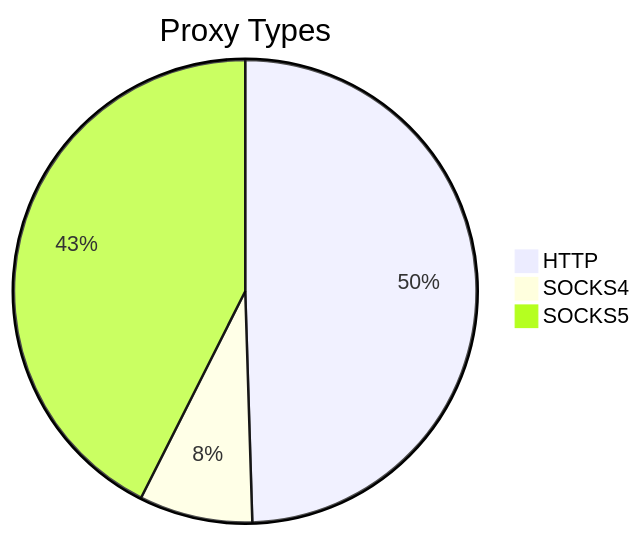
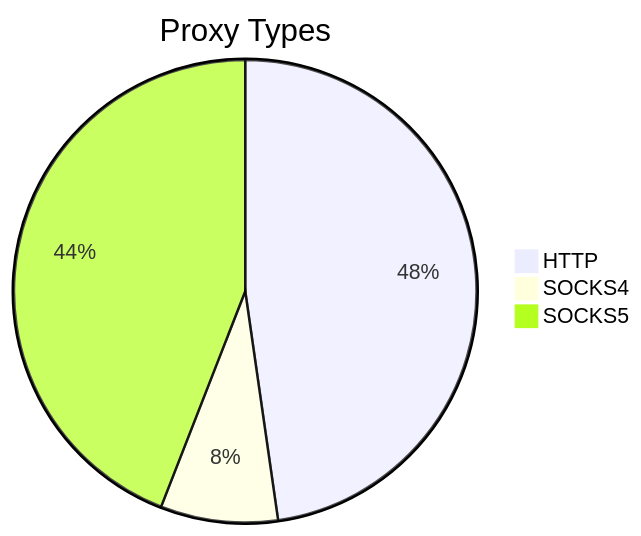
Before and after one commit to stormsia/proxy-list: the first of 2 diagrams in README.md, drawn with Mermaid. The commit also changed other lines of this file, not shown here.

````diff
--- a/README.md
+++ b/README.md
@@ -21,6 +21,6 @@
 ```mermaid
 pie title Proxy Types
-    "HTTP" : 456
-    "SOCKS4" : 73
-    "SOCKS5" : 392
+    "HTTP" : 431
+    "SOCKS4" : 74
+    "SOCKS5" : 398
 ```
````
